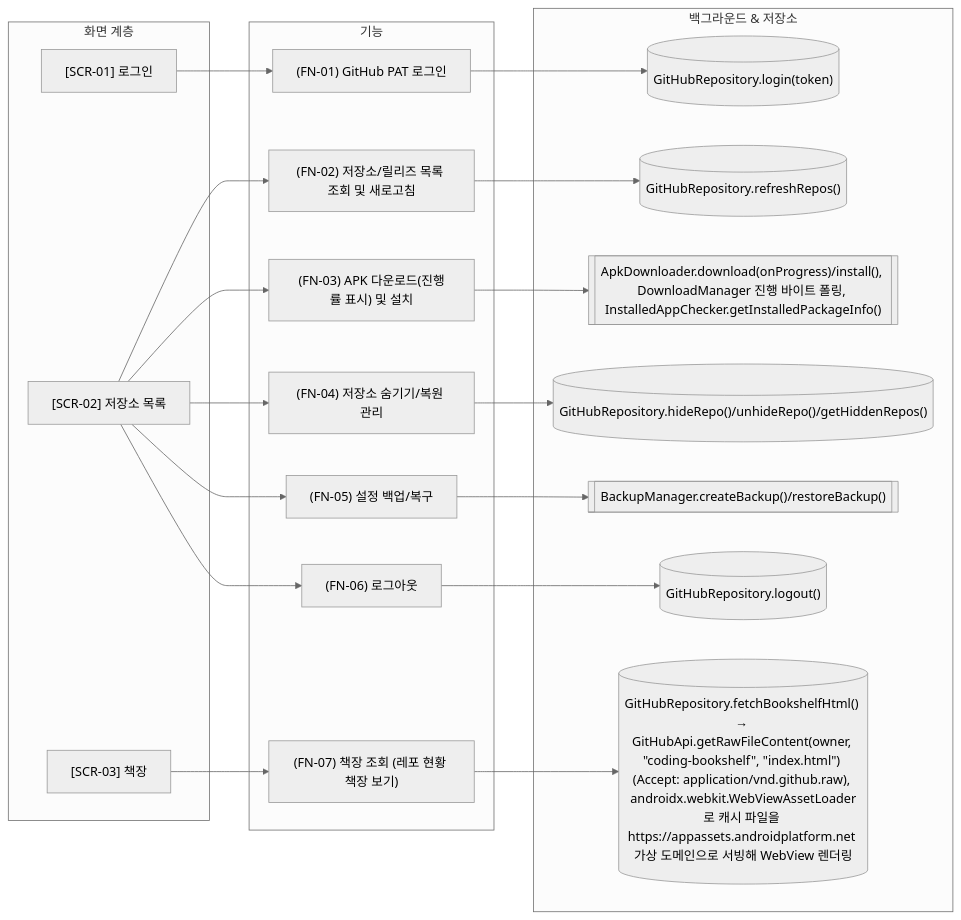
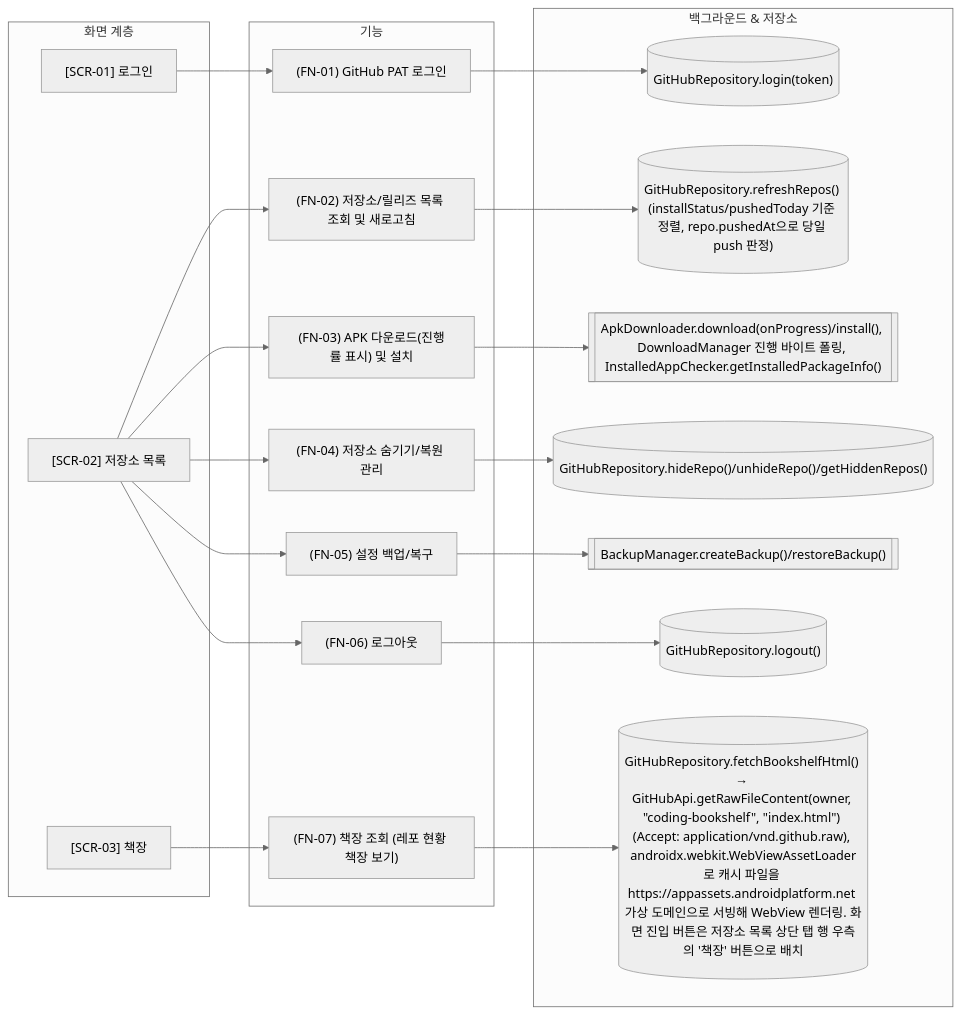
Before and after one commit to joahani3/apkchecker: the diagram in ARCHITECTURE.md, drawn with Mermaid (neutral theme). The commit also changed other lines of this file and 2 other files, not shown here.

Commit message:
Log 3.20 repo list tabs / Play Console track versions in project history [skip ci]

````diff
--- a/ARCHITECTURE.md
+++ b/ARCHITECTURE.md
@@ -27,43 +27,43 @@
 ```mermaid
 graph LR
     subgraph Screens ["화면 계층"]
         SCR-01["[SCR-01] 로그인"]
         SCR-02["[SCR-02] 저장소 목록"]
         SCR-03["[SCR-03] 책장"]
     end
 
     subgraph Features ["기능"]
         FN-01["(FN-01) GitHub PAT 로그인"]
         FN-02["(FN-02) 저장소/릴리즈 목록 조회 및 새로고침"]
         FN-03["(FN-03) APK 다운로드(진행률 표시) 및 설치"]
         FN-04["(FN-04) 저장소 숨기기/복원 관리"]
         FN-05["(FN-05) 설정 백업/복구"]
         FN-06["(FN-06) 로그아웃"]
         FN-07["(FN-07) 책장 조회 (레포 현황 책장 보기)"]
     end
 
     subgraph DataService ["백그라운드 &amp; 저장소"]
         FN-01_DATA[("GitHubRepository.login(token)")]
-        FN-02_DATA[("GitHubRepository.refreshRepos()")]
+        FN-02_DATA[("GitHubRepository.refreshRepos() (installStatus/pushedToday 기준 정렬, repo.pushedAt으로 당일 push 판정)")]
         FN-03_DATA[["ApkDownloader.download(onProgress)/install(), DownloadManager 진행 바이트 폴링, InstalledAppChecker.getInstalledPackageInfo()"]]
         FN-04_DATA[("GitHubRepository.hideRepo()/unhideRepo()/getHiddenRepos()")]
         FN-05_DATA[["BackupManager.createBackup()/restoreBackup()"]]
         FN-06_DATA[("GitHubRepository.logout()")]
-        FN-07_DATA[("GitHubRepository.fetchBookshelfHtml() → GitHubApi.getRawFileContent(owner, &quot;coding-bookshelf&quot;, &quot;index.html&quot;) (Accept: application/vnd.github.raw), androidx.webkit.WebViewAssetLoader로 캐시 파일을 https://appassets.androidplatform.net 가상 도메인으로 서빙해 WebView 렌더링")]
+        FN-07_DATA[("GitHubRepository.fetchBookshelfHtml() → GitHubApi.getRawFileContent(owner, &quot;coding-bookshelf&quot;, &quot;index.html&quot;) (Accept: application/vnd.github.raw), androidx.webkit.WebViewAssetLoader로 캐시 파일을 https://appassets.androidplatform.net 가상 도메인으로 서빙해 WebView 렌더링. 화면 진입 버튼은 저장소 목록 상단 탭 행 우측의 '책장' 버튼으로 배치")]
     end
 
     SCR-01 --> FN-01
     FN-01 --> FN-01_DATA
     SCR-02 --> FN-02
     FN-02 --> FN-02_DATA
     SCR-02 --> FN-03
     FN-03 --> FN-03_DATA
     SCR-02 --> FN-04
     FN-04 --> FN-04_DATA
     SCR-02 --> FN-05
     FN-05 --> FN-05_DATA
     SCR-02 --> FN-06
     FN-06 --> FN-06_DATA
     SCR-03 --> FN-07
     FN-07 --> FN-07_DATA
 ```
````
